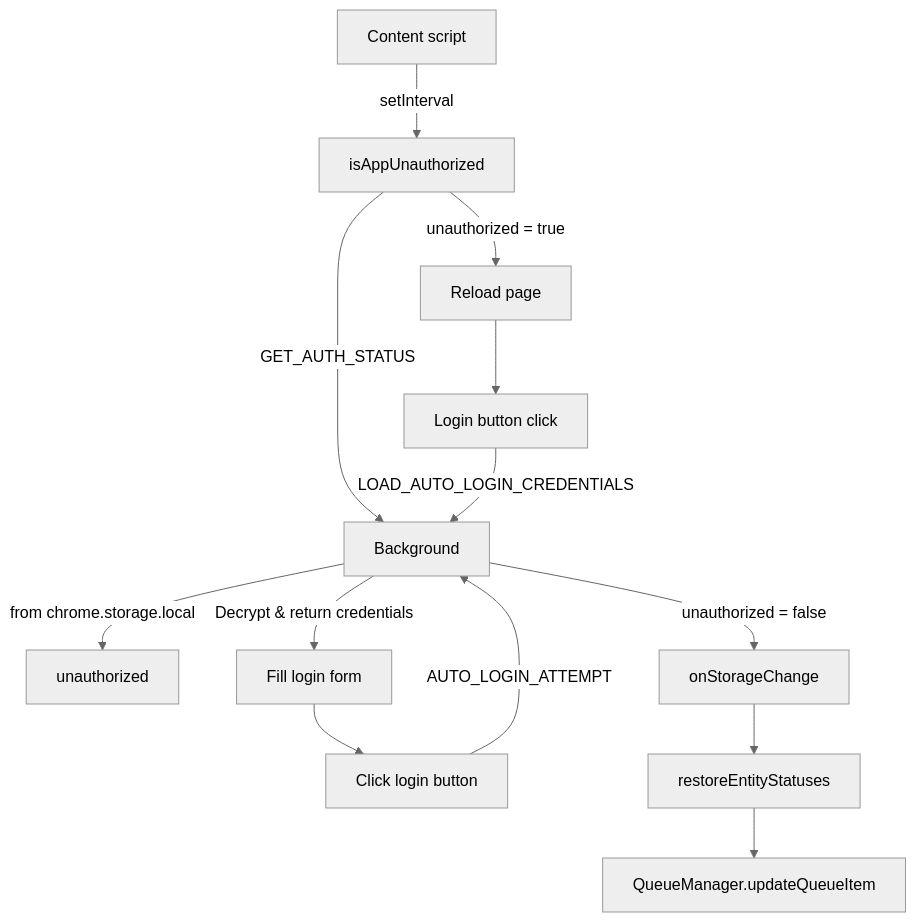
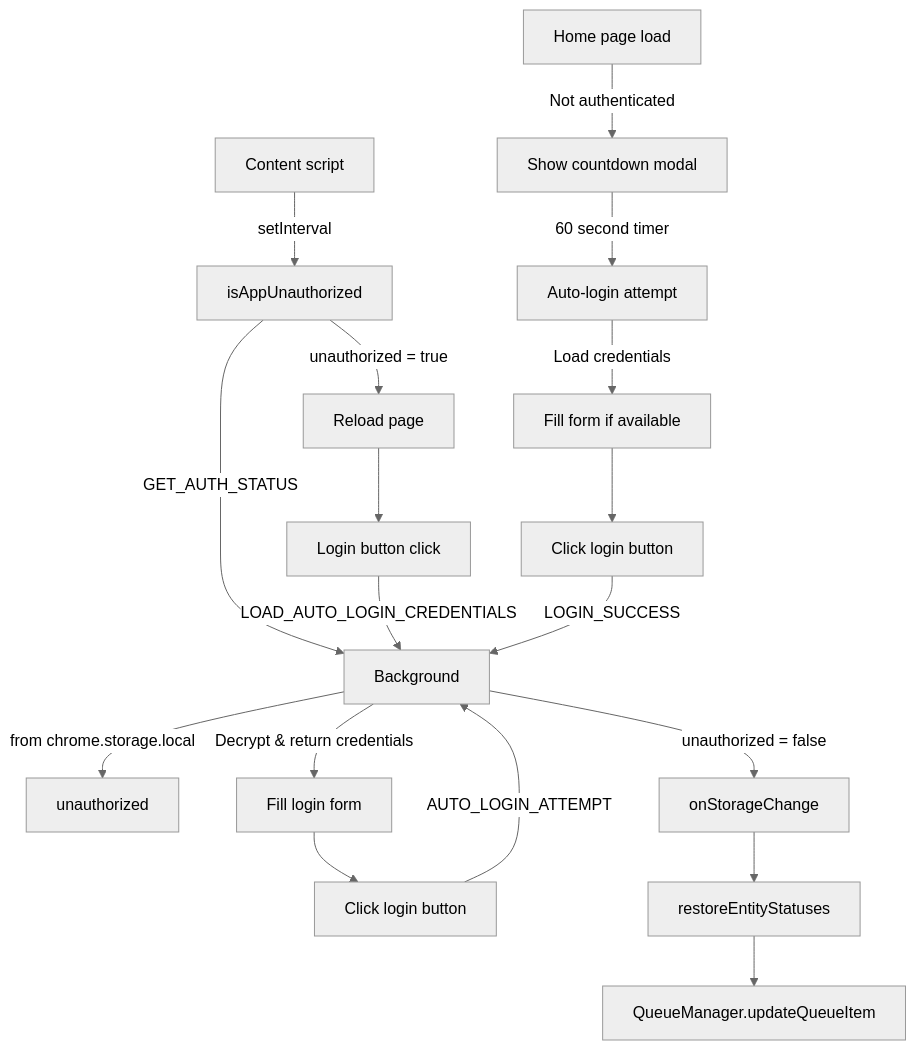
The diagram in docs/isAppAuth.md (JustPrivetProject/booking-system-plugin), drawn with Mermaid (neutral theme) before and after one commit. The commit also changed other lines of this file and 7 other files, not shown here.

Commit message:
Update version to 2.1.1 in package.json, package-lock.json, and manifest files; introduce countdown modal on home page for user authentication with a 60-second timer and immediate login option. Enhance content scripts to display modal and manage login flow.

````diff
--- a/docs/isAppAuth.md
+++ b/docs/isAppAuth.md
@@ -81,16 +112,23 @@
 ```mermaid
 graph TD
     A[Content script] -->|setInterval| B[isAppUnauthorized]
     B -->|GET_AUTH_STATUS| C[Background]
     C -->|from chrome.storage.local| D[unauthorized]
 
     B -->|unauthorized = true| E[Reload page]
     E --> F[Login button click]
     F -->|LOAD_AUTO_LOGIN_CREDENTIALS| C
     C -->|Decrypt & return credentials| G[Fill login form]
     G --> H[Click login button]
     H -->|AUTO_LOGIN_ATTEMPT| C
     C -->|unauthorized = false| I[onStorageChange]
     I --> J[restoreEntityStatuses]
     J --> K[QueueManager.updateQueueItem]
+
+    %% New Home Page Flow
+    L[Home page load] -->|Not authenticated| M[Show countdown modal]
+    M -->|60 second timer| N[Auto-login attempt]
+    N -->|Load credentials| O[Fill form if available]
+    O --> P[Click login button]
+    P -->|LOGIN_SUCCESS| C
 ```
````
